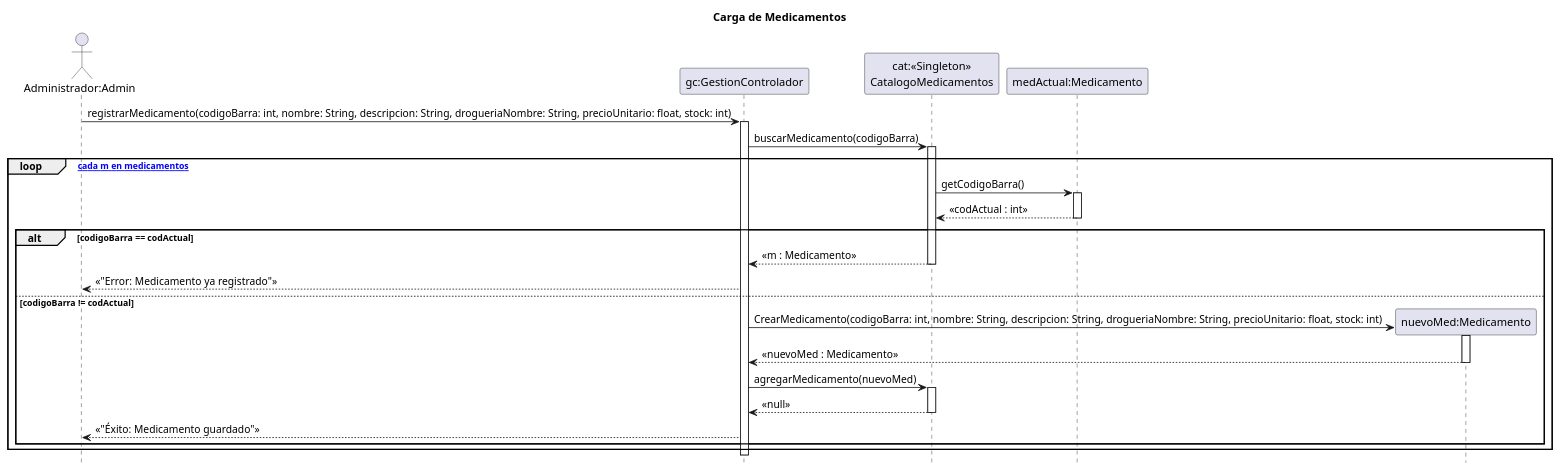
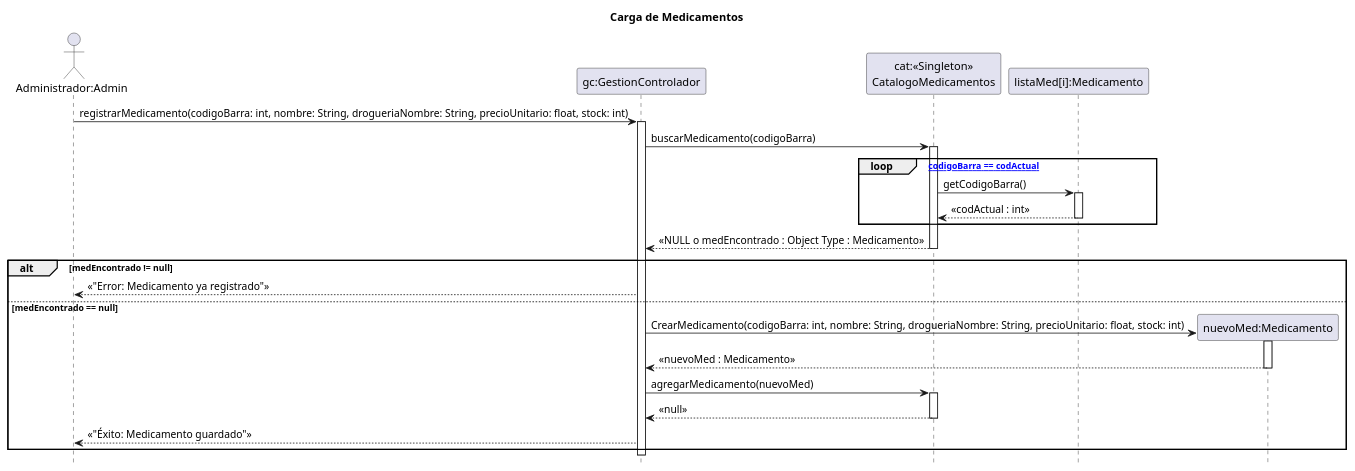
One commit to zEzequR/PF-I changed the diagram in 08 - Diagramas de Secuencia de Diseño/CargaMedicamentos/CargaMedicamentos.puml. Above: the diagram before and after it, drawn with PlantUML. The commit also changed 1 other file, not shown here.

Commit message:
Carga Med

```diff
--- a/08 - Diagramas de Secuencia de Diseño/CargaMedicamentos/CargaMedicamentos.puml
+++ b/08 - Diagramas de Secuencia de Diseño/CargaMedicamentos/CargaMedicamentos.puml
@@ -1,47 +1,48 @@
 @startuml
 title Carga de Medicamentos
 
 hide footbox
 
 actor "Administrador:Admin" as admin
 participant "gc:GestionControlador" as ctrl
 participant "cat:<<Singleton>>\nCatalogoMedicamentos" as cat
-participant "medActual:Medicamento" as med_actual
+participant "listaMed[i]:Medicamento" as med_actual
 
-admin -> ctrl : registrarMedicamento(codigoBarra: int, nombre: String, descripcion: String, drogueriaNombre: String, precioUnitario: float, stock: int)
+admin -> ctrl : registrarMedicamento(codigoBarra: int, nombre: String, drogueriaNombre: String, precioUnitario: float, stock: int)
 activate ctrl
 
 ctrl -> cat : buscarMedicamento(codigoBarra)
 activate cat
 
-loop [para cada m en medicamentos]
+loop [hasta codigoBarra == codActual]
     cat -> med_actual : getCodigoBarra()
     activate med_actual
     med_actual --> cat : << codActual : int >>
     deactivate med_actual
-    
-    alt codigoBarra == codActual
-        cat --> ctrl : << m : Medicamento >>
-        deactivate cat
+end
+
+cat --> ctrl : << NULL o medEncontrado : Object Type : Medicamento >>
+deactivate cat
+
+    alt medEncontrado != null
         ctrl --> admin : << "Error: Medicamento ya registrado" >>
 
-    else codigoBarra != codActual
+    else medEncontrado == null
         deactivate cat
         
         create participant "nuevoMed:Medicamento" as nuevo_med
-        ctrl -> nuevo_med : CrearMedicamento(codigoBarra: int, nombre: String, descripcion: String, drogueriaNombre: String, precioUnitario: float, stock: int)
+        ctrl -> nuevo_med : CrearMedicamento(codigoBarra: int, nombre: String, drogueriaNombre: String, precioUnitario: float, stock: int)
         activate nuevo_med
         nuevo_med --> ctrl : << nuevoMed : Medicamento >>
         deactivate nuevo_med
 
         ctrl -> cat : agregarMedicamento(nuevoMed)
         activate cat
         cat --> ctrl : << null >>
         deactivate cat
         
         ctrl --> admin : << "Éxito: Medicamento guardado" >>
     end
-end
 
 deactivate ctrl
 @enduml
```
